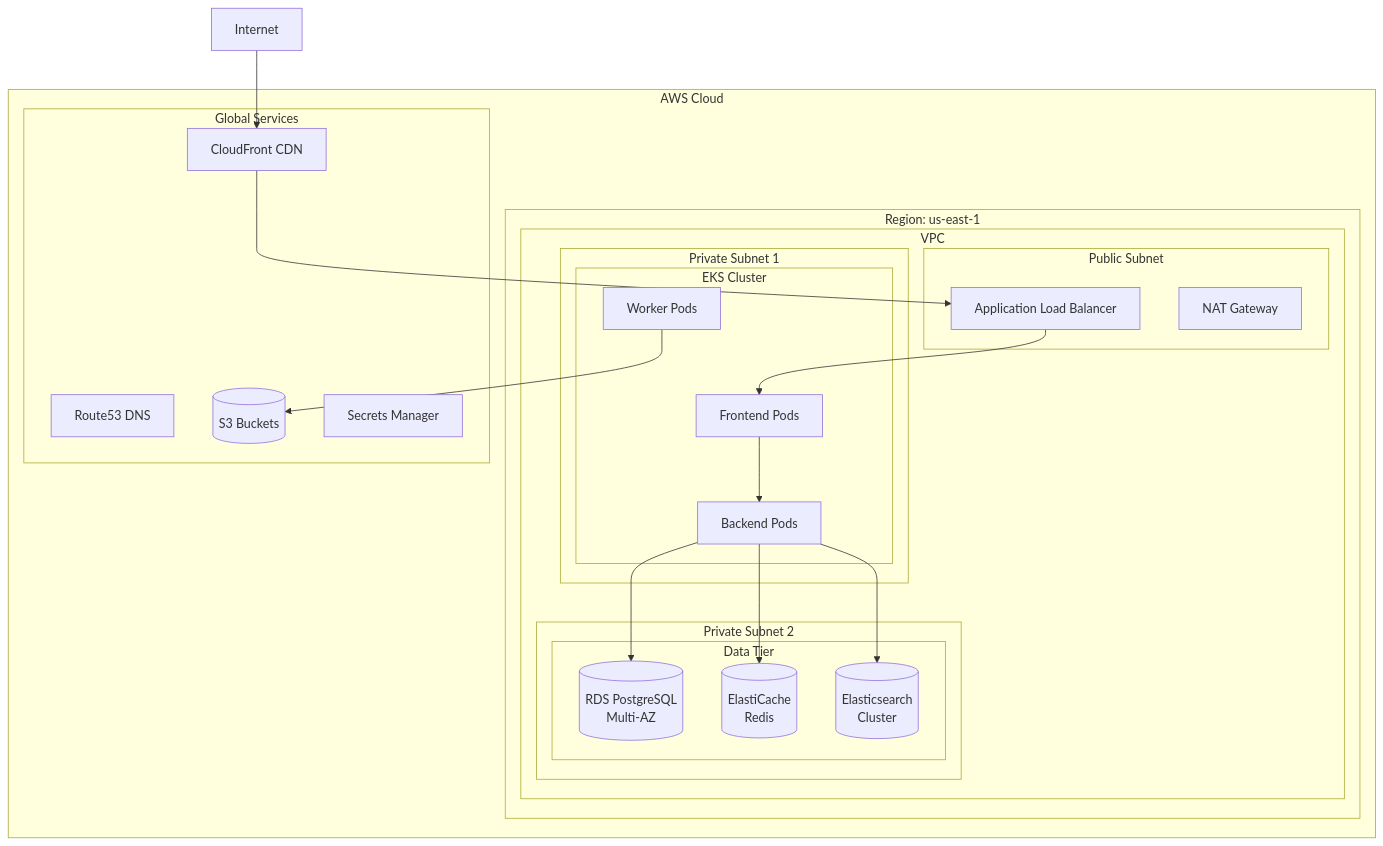
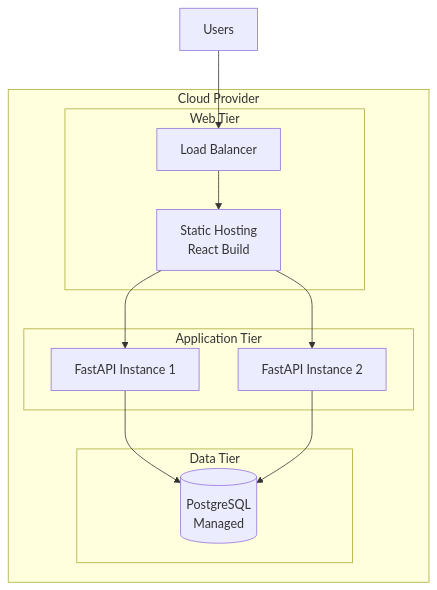
The ninth of 9 diagrams in proj2/docs/3-DESIGN/3.1-SAD/SAD-MASTER.md (Asoingbob225/CSC510), drawn with Mermaid before and after one commit. The commit also changed other lines of this file and 22 other files, not shown here.

````diff
--- a/proj2/docs/3-DESIGN/3.1-SAD/SAD-MASTER.md
+++ b/proj2/docs/3-DESIGN/3.1-SAD/SAD-MASTER.md
@@ -795,45 +549,25 @@
 ```mermaid
 graph TB
-    subgraph "AWS Cloud"
-        subgraph "Region: us-east-1"
-            subgraph "VPC"
-                subgraph "Public Subnet"
-                    ALB[Application Load Balancer]
-                    NAT[NAT Gateway]
-                end
-
-                subgraph "Private Subnet 1"
-                    subgraph "EKS Cluster"
-                        Frontend[Frontend Pods]
-                        Backend[Backend Pods]
-                        Workers[Worker Pods]
-                    end
-                end
-
-                subgraph "Private Subnet 2"
-                    subgraph "Data Tier"
-                        RDS[(RDS PostgreSQL<br/>Multi-AZ)]
-                        ElastiCache[(ElastiCache<br/>Redis)]
-                        ES[(Elasticsearch<br/>Cluster)]
-                    end
-                end
-            end
+    subgraph "Cloud Provider"
+        subgraph "Web Tier"
+            LB[Load Balancer]
+            Static[Static Hosting<br/>React Build]
         end
-
-        subgraph "Global Services"
-            CloudFront[CloudFront CDN]
-            Route53[Route53 DNS]
-            S3[(S3 Buckets)]
-            Secrets[Secrets Manager]
+        
+        subgraph "Application Tier"
+            API1[FastAPI Instance 1]
+            API2[FastAPI Instance 2]
+        end
+        
+        subgraph "Data Tier"
+            Postgres[(PostgreSQL<br/>Managed)]
         end
     end
-
-    Internet --> CloudFront
-    CloudFront --> ALB
-    ALB --> Frontend
-    Frontend --> Backend
-    Backend --> RDS
-    Backend --> ElastiCache
-    Backend --> ES
-    Workers --> S3
+    
+    Users[Users] --> LB
+    LB --> Static
+    Static --> API1
+    Static --> API2
+    API1 --> Postgres
+    API2 --> Postgres
 ```
````
